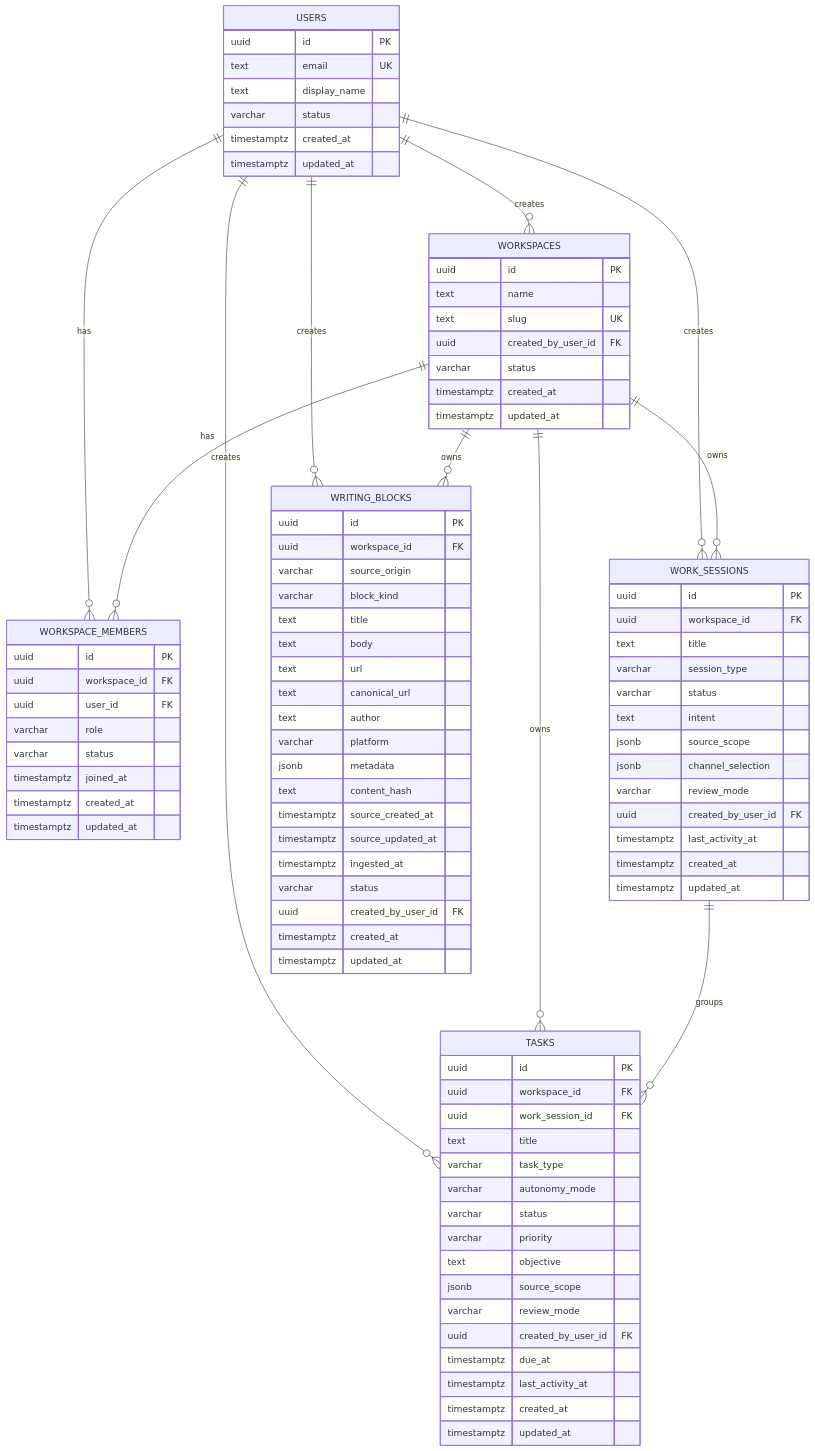
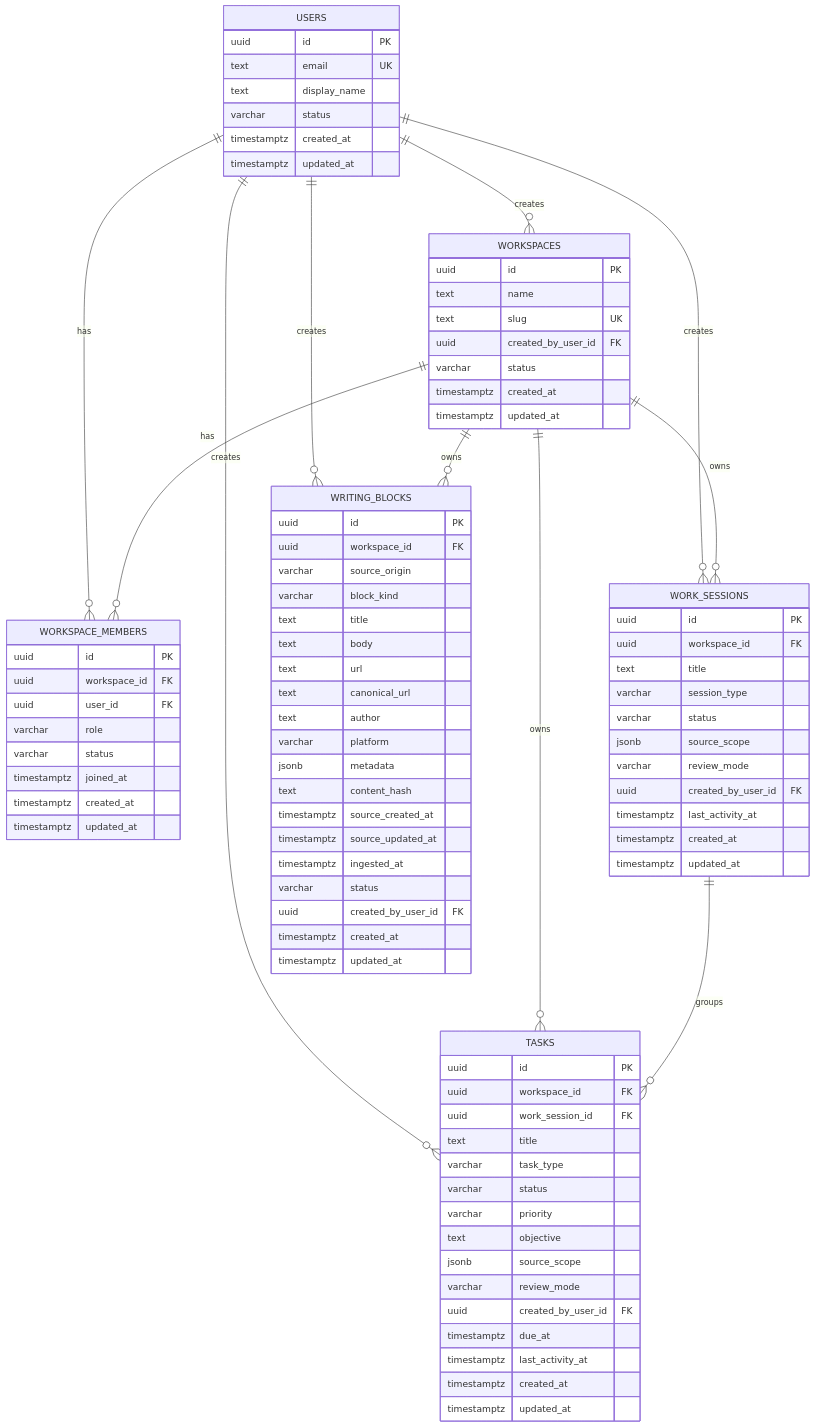
Before and after one commit to plot-labs/plot: the second of 2 diagrams in docs/specs/2026-07-04-api-domain-foundation-design.md, drawn with Mermaid. The commit also changed other lines of this file and 2 other files, not shown here.

```diff
--- a/docs/specs/2026-07-04-api-domain-foundation-design.md
+++ b/docs/specs/2026-07-04-api-domain-foundation-design.md
@@ -271,9 +269,7 @@
         text title
         varchar session_type
         varchar status
-        text intent
         jsonb source_scope
-        jsonb channel_selection
         varchar review_mode
         uuid created_by_user_id FK
         timestamptz last_activity_at
@@ -287,7 +283,6 @@
         uuid work_session_id FK
         text title
         varchar task_type
-        varchar autonomy_mode
         varchar status
         varchar priority
         text objective
```
